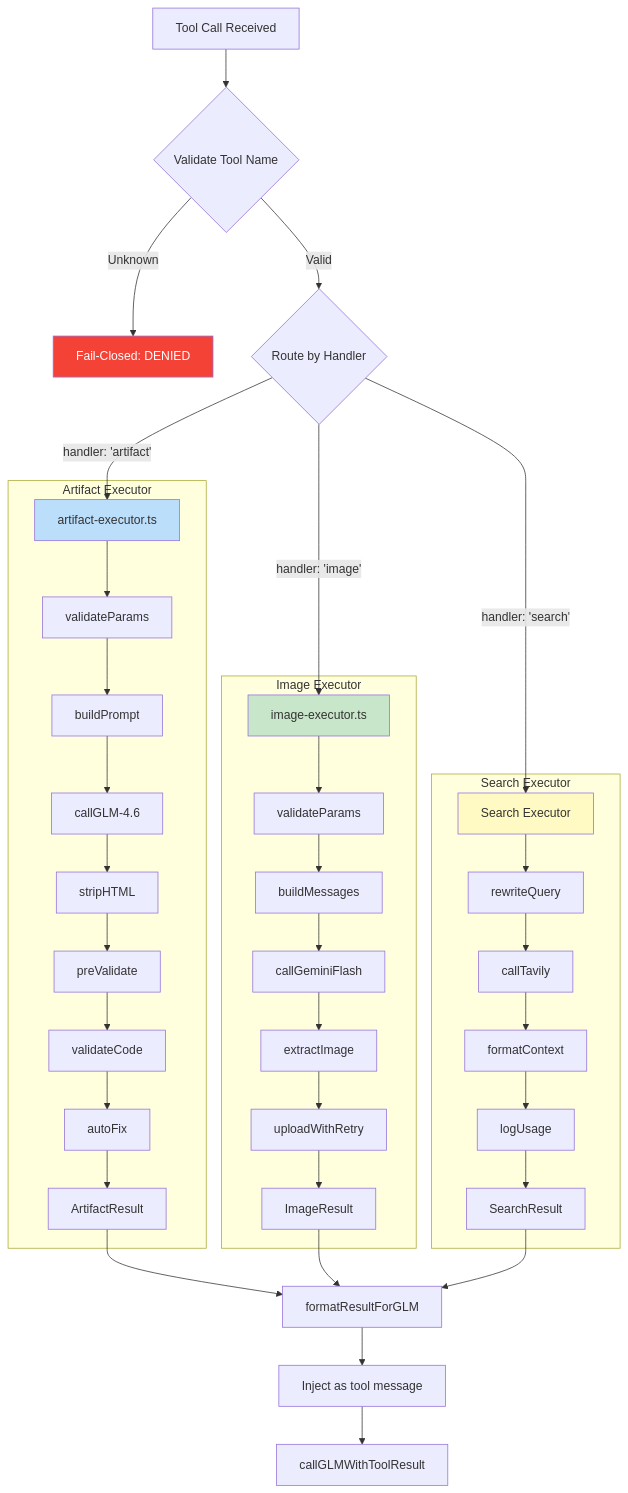
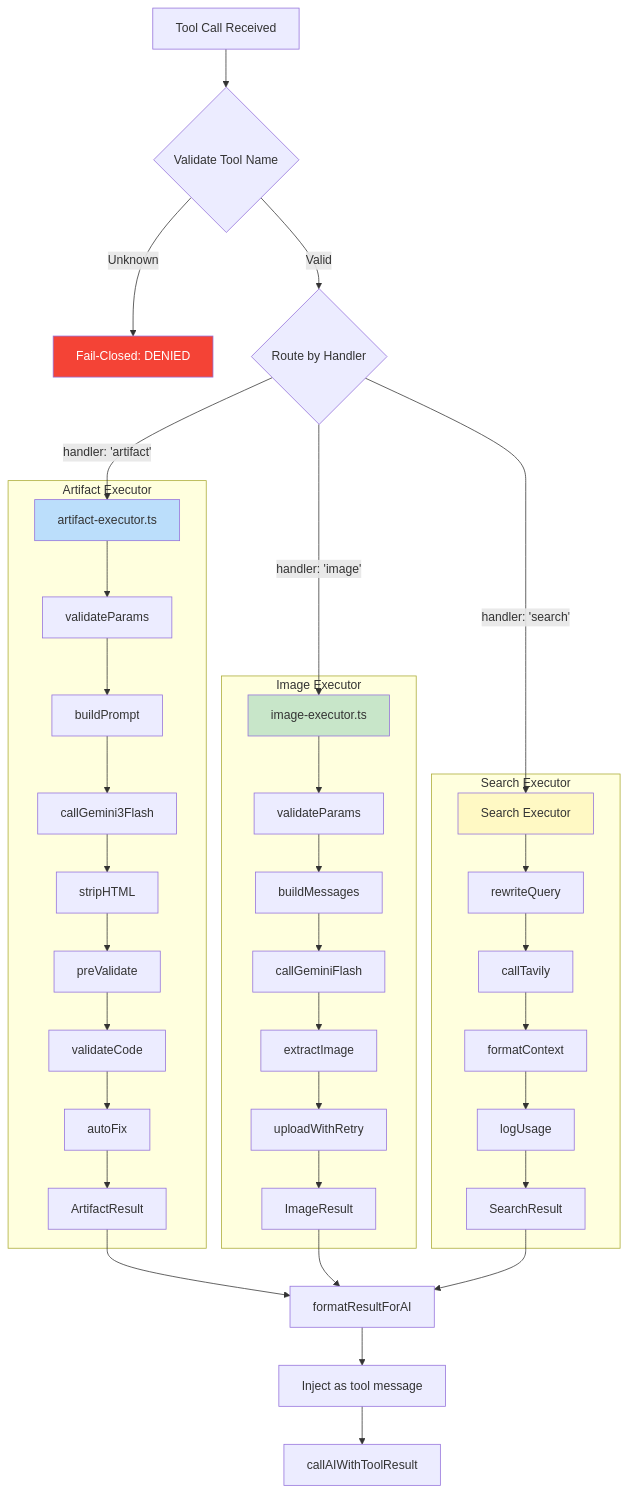
One commit to NickB03/vana changed the seventh of 10 diagrams in docs/UNIFIED_TOOL_ARCHITECTURE.md. Above: the diagram before and after it, drawn with Mermaid. The commit also changed other lines of this file and 44 other files, not shown here.

````diff
--- a/docs/UNIFIED_TOOL_ARCHITECTURE.md
+++ b/docs/UNIFIED_TOOL_ARCHITECTURE.md
@@ -410,51 +410,51 @@
 ```mermaid
 flowchart TB
     CALL[Tool Call Received] --> VALIDATE{Validate Tool Name}
 
     VALIDATE -->|Unknown| DENY[Fail-Closed: DENIED]
     VALIDATE -->|Valid| ROUTE{Route by Handler}
 
     ROUTE -->|handler: 'artifact'| AE[artifact-executor.ts]
     ROUTE -->|handler: 'image'| IE[image-executor.ts]
     ROUTE -->|handler: 'search'| SE[Search Executor]
 
     subgraph "Artifact Executor"
         AE --> AE1[validateParams]
         AE1 --> AE2[buildPrompt]
-        AE2 --> AE3[callGLM-4.6]
+        AE2 --> AE3[callGemini3Flash]
         AE3 --> AE4[stripHTML]
         AE4 --> AE5[preValidate]
         AE5 --> AE6[validateCode]
         AE6 --> AE7[autoFix]
         AE7 --> AER[ArtifactResult]
     end
 
     subgraph "Image Executor"
         IE --> IE1[validateParams]
         IE1 --> IE2[buildMessages]
         IE2 --> IE3[callGeminiFlash]
         IE3 --> IE4[extractImage]
         IE4 --> IE5[uploadWithRetry]
         IE5 --> IER[ImageResult]
     end
 
     subgraph "Search Executor"
         SE --> SE1[rewriteQuery]
         SE1 --> SE2[callTavily]
         SE2 --> SE3[formatContext]
         SE3 --> SE4[logUsage]
         SE4 --> SER[SearchResult]
     end
 
-    AER --> FORMAT[formatResultForGLM]
+    AER --> FORMAT[formatResultForAI]
     IER --> FORMAT
     SER --> FORMAT
 
     FORMAT --> INJECT[Inject as tool message]
-    INJECT --> CONTINUE[callGLMWithToolResult]
+    INJECT --> CONTINUE[callAIWithToolResult]
 
     style DENY fill:#f44336,color:#fff
     style AE fill:#bbdefb
     style IE fill:#c8e6c9
     style SE fill:#fff9c4
 ```
````
